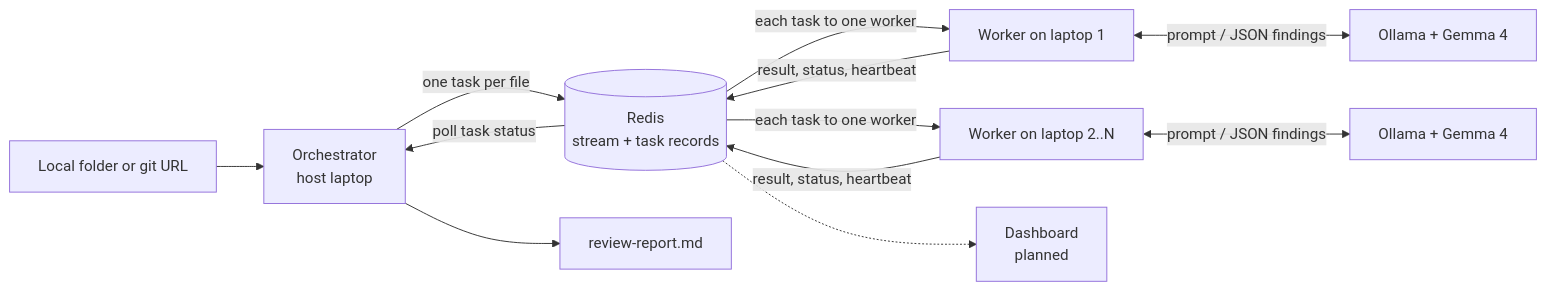
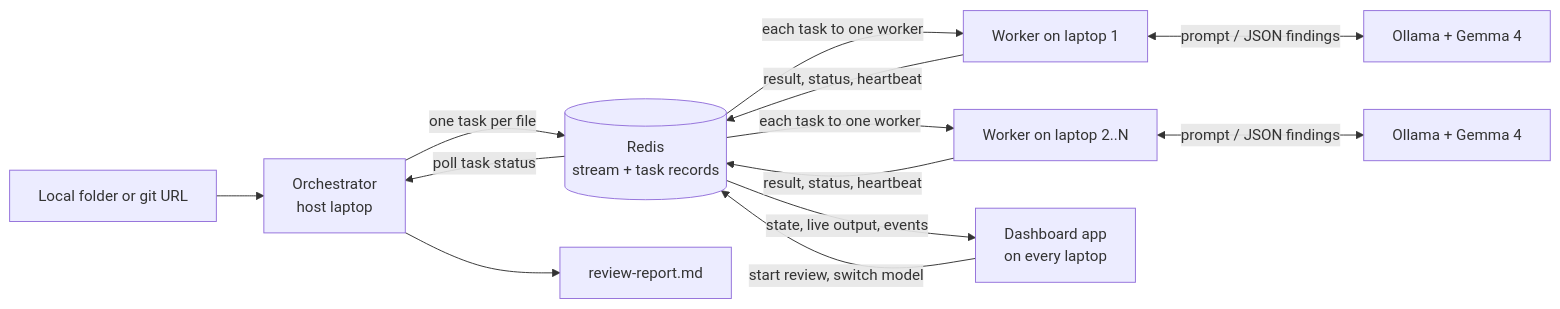
The diagram in README.md (VishnuVardhanNk/LapCluster), drawn with Mermaid before and after one commit. The commit also changed other lines of this file and 18 other files, not shown here.

Commit message:
Add the dashboard app with live replies, model switching and review history

````diff
--- a/README.md
+++ b/README.md
@@ -64,14 +69,15 @@
 ```mermaid
 flowchart LR
     SRC[Local folder or git URL] --> ORC[Orchestrator<br/>host laptop]
     ORC -->|one task per file| R[(Redis<br/>stream + task records)]
     R -->|each task to one worker| W1[Worker on laptop 1]
     R -->|each task to one worker| W2[Worker on laptop 2..N]
     W1 <-->|prompt / JSON findings| O1[Ollama + Gemma 4]
     W2 <-->|prompt / JSON findings| O2[Ollama + Gemma 4]
     W1 -->|result, status, heartbeat| R
     W2 -->|result, status, heartbeat| R
     R -->|poll task status| ORC
     ORC --> REP[review-report.md]
-    R -.-> D[Dashboard<br/>planned]
+    R -->|state, live output, events| D[Dashboard app<br/>on every laptop]
+    D -->|start review, switch model| R
 ```
````
